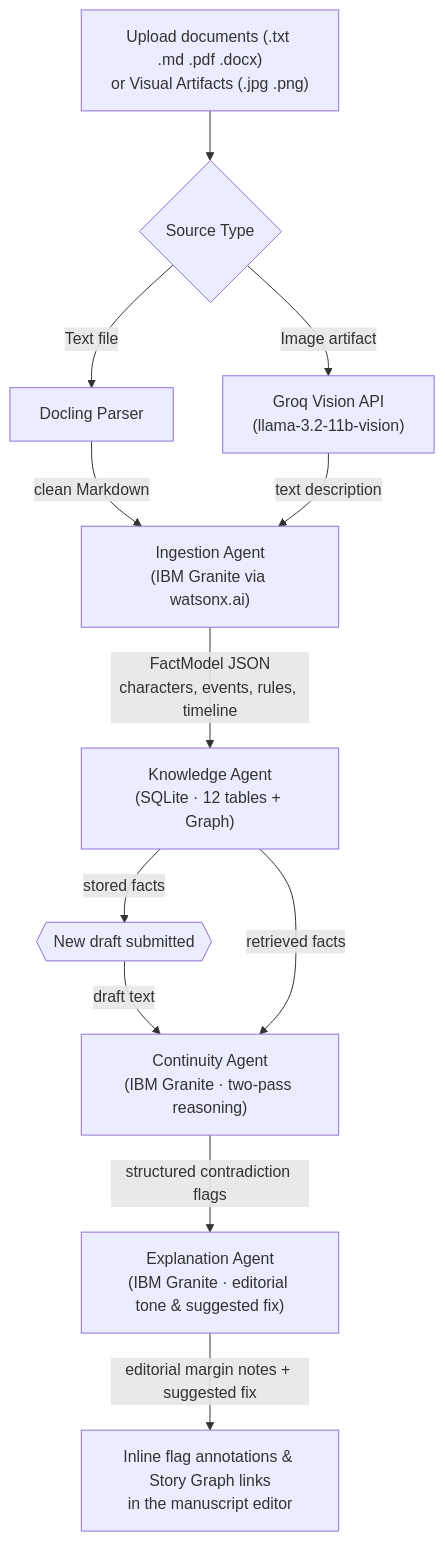
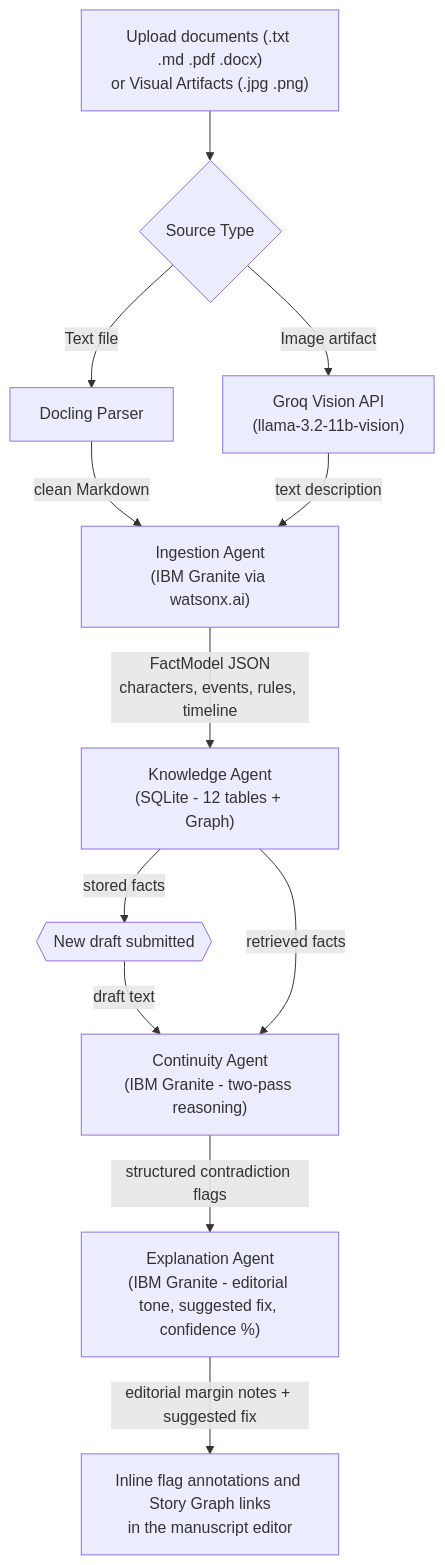
The diagram in README.md (0xkinno/continuum), drawn with Mermaid before and after one commit. The commit also changed other lines of this file, not shown here.

Commit message:
docs: comprehensive README with multimodal, story graph, editorial reasoning, and canon export

````diff
--- a/README.md
+++ b/README.md
@@ -59,14 +78,14 @@
 ```mermaid
 flowchart TD
     A["Upload documents (.txt .md .pdf .docx)\nor Visual Artifacts (.jpg .png)"] --> B{"Source Type"}
     B -->|"Text file"| C["Docling Parser"]
     B -->|"Image artifact"| D["Groq Vision API\n(llama-3.2-11b-vision)"]
     C -->|"clean Markdown"| E["Ingestion Agent\n(IBM Granite via watsonx.ai)"]
     D -->|"text description"| E
-    E -->|"FactModel JSON\ncharacters, events, rules, timeline"| F["Knowledge Agent\n(SQLite · 12 tables + Graph)"]
+    E -->|"FactModel JSON\ncharacters, events, rules, timeline"| F["Knowledge Agent\n(SQLite - 12 tables + Graph)"]
     F -->|"stored facts"| G{{"New draft submitted"}}
-    G -->|"draft text"| H["Continuity Agent\n(IBM Granite · two-pass reasoning)"]
+    G -->|"draft text"| H["Continuity Agent\n(IBM Granite - two-pass reasoning)"]
     F -->|"retrieved facts"| H
-    H -->|"structured contradiction flags"| I["Explanation Agent\n(IBM Granite · editorial tone & suggested fix)"]
-    I -->|"editorial margin notes + suggested fix"| J["Inline flag annotations & Story Graph links\nin the manuscript editor"]
+    H -->|"structured contradiction flags"| I["Explanation Agent\n(IBM Granite - editorial tone, suggested fix, confidence %)"]
+    I -->|"editorial margin notes + suggested fix"| J["Inline flag annotations and Story Graph links\nin the manuscript editor"]
 ```
````
